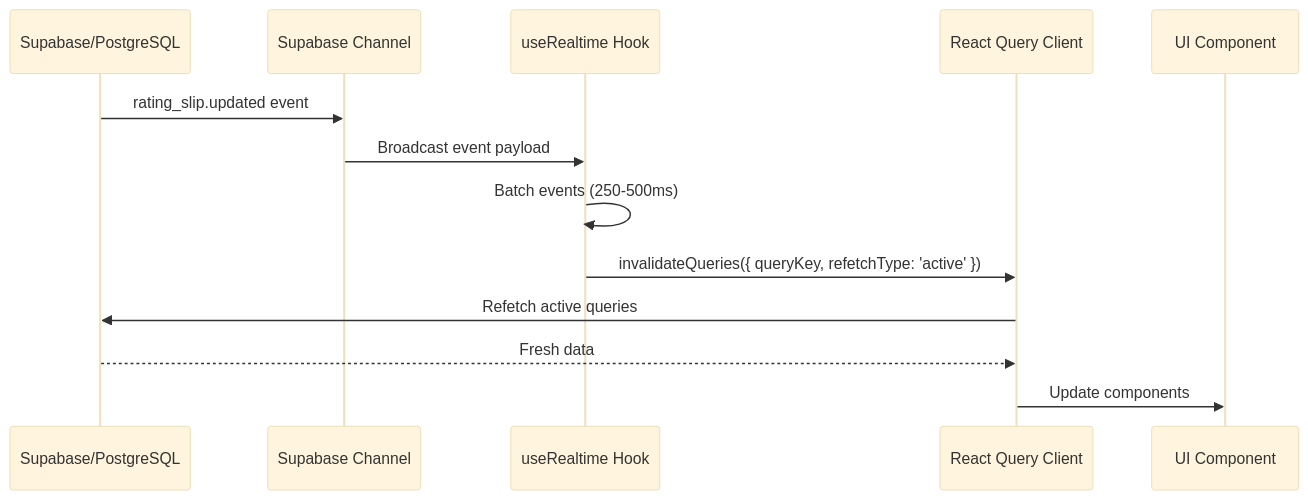
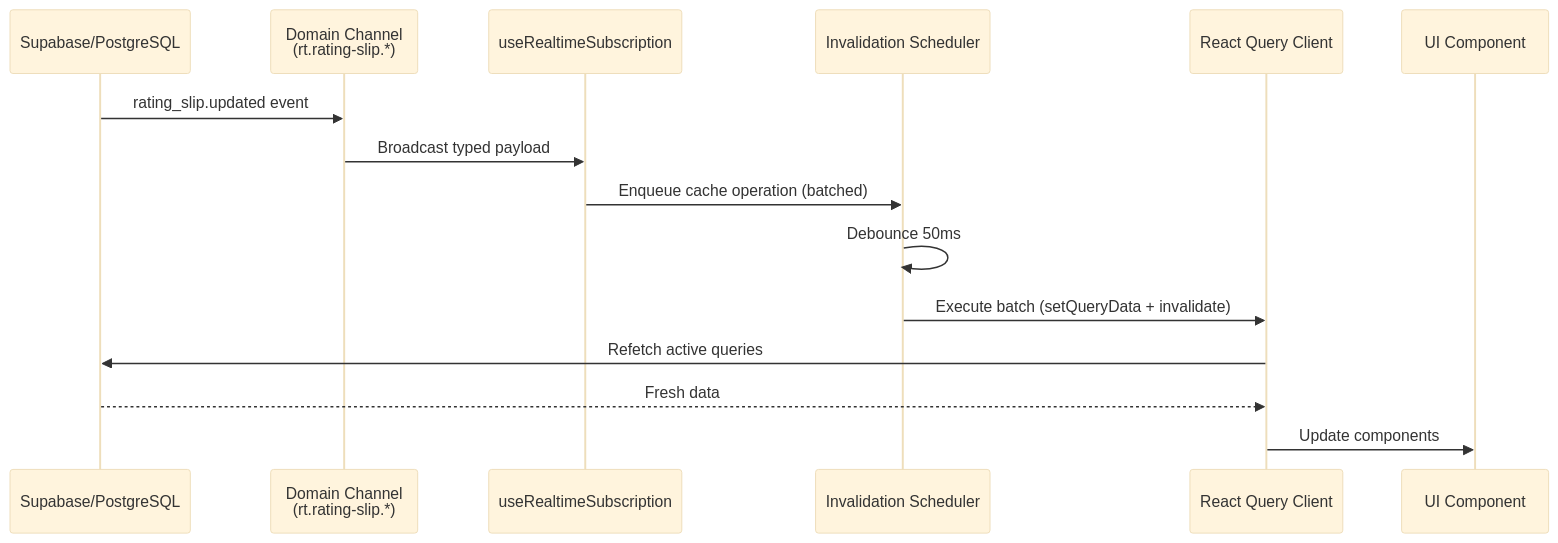
The eighth of 8 diagrams in docs/20-architecture/SERVICE_LAYER_ARCHITECTURE_DIAGRAM.md (diepulp/pt-2), drawn with Mermaid (base theme) before and after one commit. The commit also changed other lines of this file and 61 other files, not shown here.

````diff
--- a/docs/20-architecture/SERVICE_LAYER_ARCHITECTURE_DIAGRAM.md
+++ b/docs/20-architecture/SERVICE_LAYER_ARCHITECTURE_DIAGRAM.md
@@ -472,16 +708,18 @@
 ```mermaid
 sequenceDiagram
     participant DB as Supabase/PostgreSQL
-    participant Channel as Supabase Channel
-    participant Hook as useRealtime Hook
+    participant Channel as Domain Channel<br/>(rt.rating-slip.*)
+    participant Hook as useRealtimeSubscription
+    participant Scheduler as Invalidation Scheduler
     participant QueryClient as React Query Client
     participant UI as UI Component
 
     DB->>Channel: rating_slip.updated event
-    Channel->>Hook: Broadcast event payload
-    Hook->>Hook: Batch events (250-500ms)
-    Hook->>QueryClient: invalidateQueries({ queryKey, refetchType: 'active' })
+    Channel->>Hook: Broadcast typed payload
+    Hook->>Scheduler: Enqueue cache operation (batched)
+    Scheduler->>Scheduler: Debounce 50ms
+    Scheduler->>QueryClient: Execute batch (setQueryData + invalidate)
     QueryClient->>DB: Refetch active queries
     DB-->>QueryClient: Fresh data
     QueryClient->>UI: Update components
 ```
````
